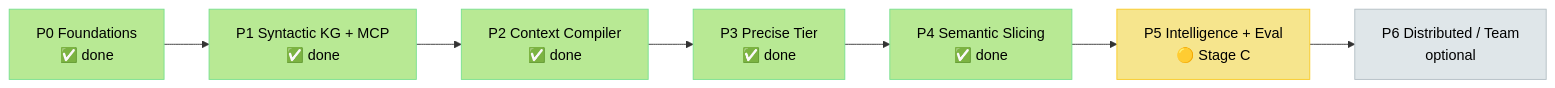
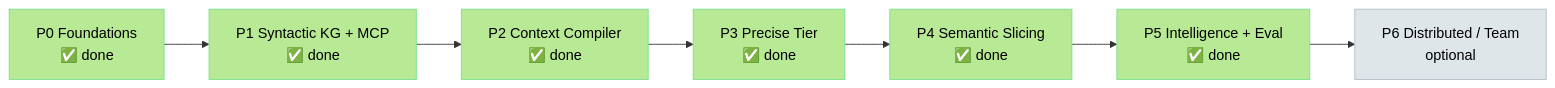
The first of 2 diagrams in docs/planning/TASKS-AND-PROGRESS.md (Md-Jazbee/prism), drawn with Mermaid before and after one commit. The commit also changed other lines of this file and 11 other files, not shown here.

First line of the commit message:
Complete Phase 5 Stage C and pass the repo-intelligence gate.

````diff
--- a/docs/planning/TASKS-AND-PROGRESS.md
+++ b/docs/planning/TASKS-AND-PROGRESS.md
@@ -26,17 +26,17 @@
 ```mermaid
 flowchart LR
     P0[P0 Foundations<br/>✅ done] --> P1[P1 Syntactic KG + MCP<br/>✅ done]
     P1 --> P2[P2 Context Compiler<br/>✅ done]
     P2 --> P3[P3 Precise Tier<br/>✅ done]
     P3 --> P4[P4 Semantic Slicing<br/>✅ done]
-    P4 --> P5[P5 Intelligence + Eval<br/>🟡 Stage C]
+    P4 --> P5[P5 Intelligence + Eval<br/>✅ done]
     P5 --> P6[P6 Distributed / Team<br/>optional]
 
     style P0 fill:#b8e994,stroke:#78e08f,color:#000
     style P1 fill:#b8e994,stroke:#78e08f,color:#000
     style P2 fill:#b8e994,stroke:#78e08f,color:#000
     style P3 fill:#b8e994,stroke:#78e08f,color:#000
     style P4 fill:#b8e994,stroke:#78e08f,color:#000
-    style P5 fill:#f6e58d,stroke:#f9ca24,color:#000
+    style P5 fill:#b8e994,stroke:#78e08f,color:#000
     style P6 fill:#dfe6e9,stroke:#b2bec3,color:#000
 ```
````
